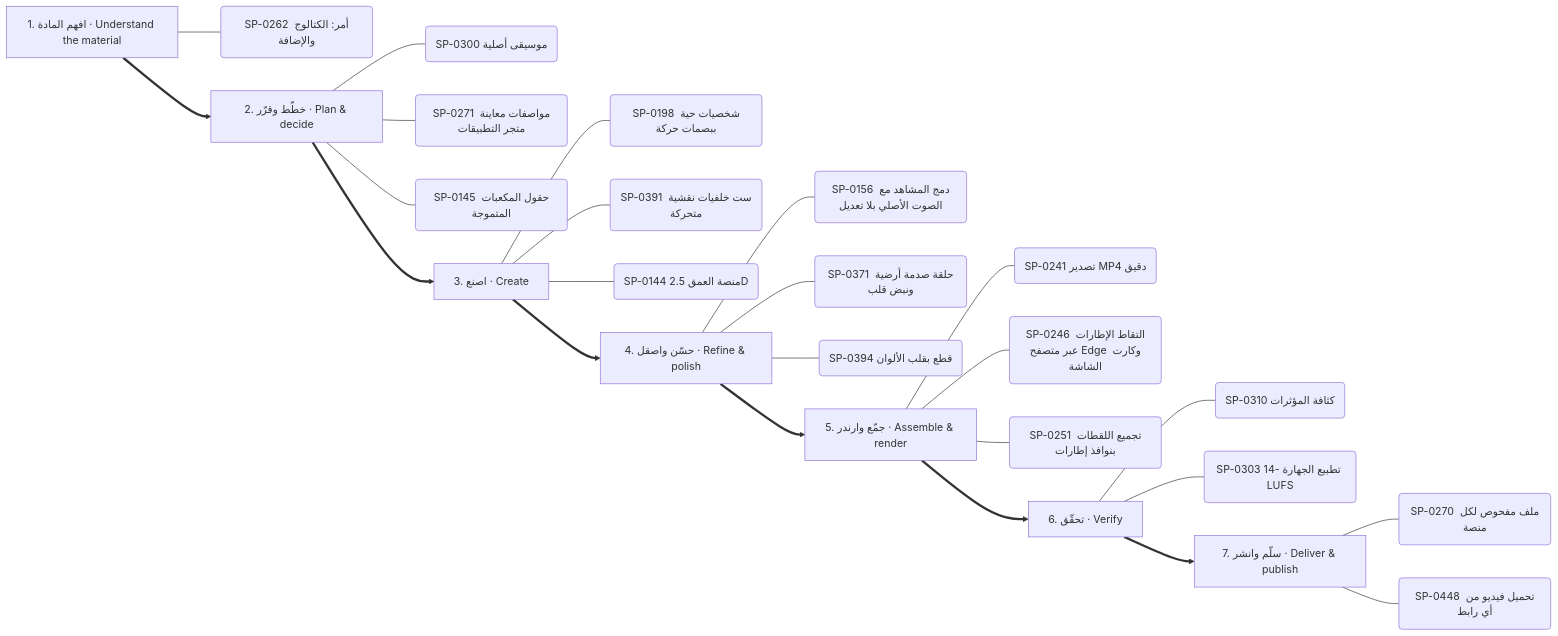
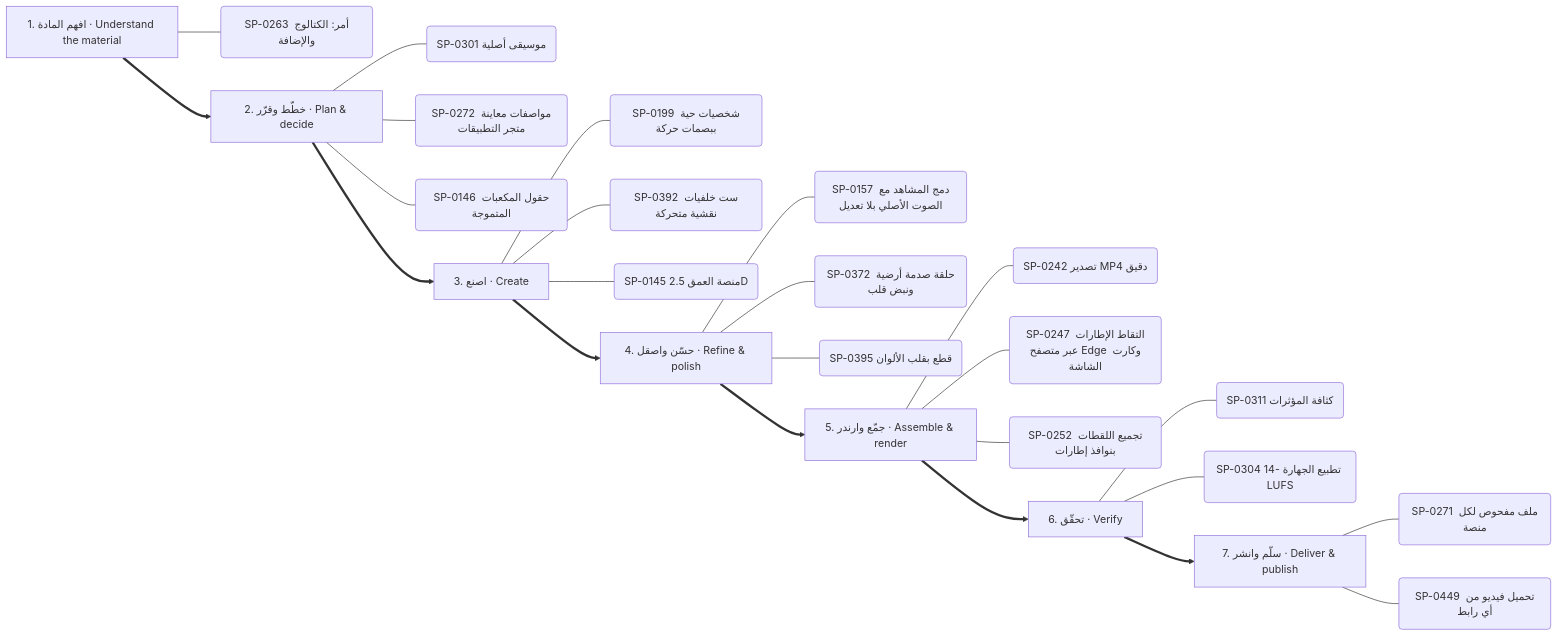
One commit to kosif199022-jpg/kosif-tool changed the fourth of 13 diagrams in .claude/skills/kosif-superpowers/references/capability-mindmap.md. Above: the diagram before and after it, drawn with Mermaid. The commit also changed other lines of this file and 9 other files, not shown here.

First line of the commit message:
Rebuild the fused superpowers, hubs, mind map and owned-repos map

````diff
--- a/.claude/skills/kosif-superpowers/references/capability-mindmap.md
+++ b/.claude/skills/kosif-superpowers/references/capability-mindmap.md
@@ -225,33 +225,33 @@
 ```mermaid
 flowchart LR
   S0["1. افهم المادة · Understand the material"]
-  S0 --- S0_0("SP-0262 أمر: الكتالوج والإضافة")
+  S0 --- S0_0("SP-0263 أمر: الكتالوج والإضافة")
   S1["2. خطّط وقرّر · Plan & decide"]
-  S1 --- S1_0("SP-0300 موسيقى أصلية")
-  S1 --- S1_1("SP-0271 مواصفات معاينة متجر التطبيقات")
-  S1 --- S1_2("SP-0145 حقول المكعبات المتموجة")
+  S1 --- S1_0("SP-0301 موسيقى أصلية")
+  S1 --- S1_1("SP-0272 مواصفات معاينة متجر التطبيقات")
+  S1 --- S1_2("SP-0146 حقول المكعبات المتموجة")
   S0 ==> S1
   S2["3. اصنع · Create"]
-  S2 --- S2_0("SP-0198 شخصيات حية ببصمات حركة")
-  S2 --- S2_1("SP-0391 ست خلفيات نقشية متحركة")
-  S2 --- S2_2("SP-0144 منصة العمق 2.5D")
+  S2 --- S2_0("SP-0199 شخصيات حية ببصمات حركة")
+  S2 --- S2_1("SP-0392 ست خلفيات نقشية متحركة")
+  S2 --- S2_2("SP-0145 منصة العمق 2.5D")
   S1 ==> S2
   S3["4. حسّن واصقل · Refine & polish"]
-  S3 --- S3_0("SP-0156 دمج المشاهد مع الصوت الأصلي بلا تعديل")
-  S3 --- S3_1("SP-0371 حلقة صدمة أرضية ونبض قلب")
-  S3 --- S3_2("SP-0394 قطع بقلب الألوان")
+  S3 --- S3_0("SP-0157 دمج المشاهد مع الصوت الأصلي بلا تعديل")
+  S3 --- S3_1("SP-0372 حلقة صدمة أرضية ونبض قلب")
+  S3 --- S3_2("SP-0395 قطع بقلب الألوان")
   S2 ==> S3
   S4["5. جمّع وارندر · Assemble & render"]
-  S4 --- S4_0("SP-0241 تصدير MP4 دقيق")
-  S4 --- S4_1("SP-0246 التقاط الإطارات عبر متصفح Edge وكارت الشاشة")
-  S4 --- S4_2("SP-0251 تجميع اللقطات بنوافذ إطارات")
+  S4 --- S4_0("SP-0242 تصدير MP4 دقيق")
+  S4 --- S4_1("SP-0247 التقاط الإطارات عبر متصفح Edge وكارت الشاشة")
+  S4 --- S4_2("SP-0252 تجميع اللقطات بنوافذ إطارات")
   S3 ==> S4
   S5["6. تحقّق · Verify"]
-  S5 --- S5_0("SP-0310 كثافة المؤثرات")
-  S5 --- S5_1("SP-0303 تطبيع الجهارة -14 LUFS")
+  S5 --- S5_0("SP-0311 كثافة المؤثرات")
+  S5 --- S5_1("SP-0304 تطبيع الجهارة -14 LUFS")
   S4 ==> S5
   S6["7. سلّم وانشر · Deliver & publish"]
-  S6 --- S6_0("SP-0270 ملف مفحوص لكل منصة")
-  S6 --- S6_1("SP-0448 تحميل فيديو من أي رابط")
+  S6 --- S6_0("SP-0271 ملف مفحوص لكل منصة")
+  S6 --- S6_1("SP-0449 تحميل فيديو من أي رابط")
   S5 ==> S6
 ```
````
